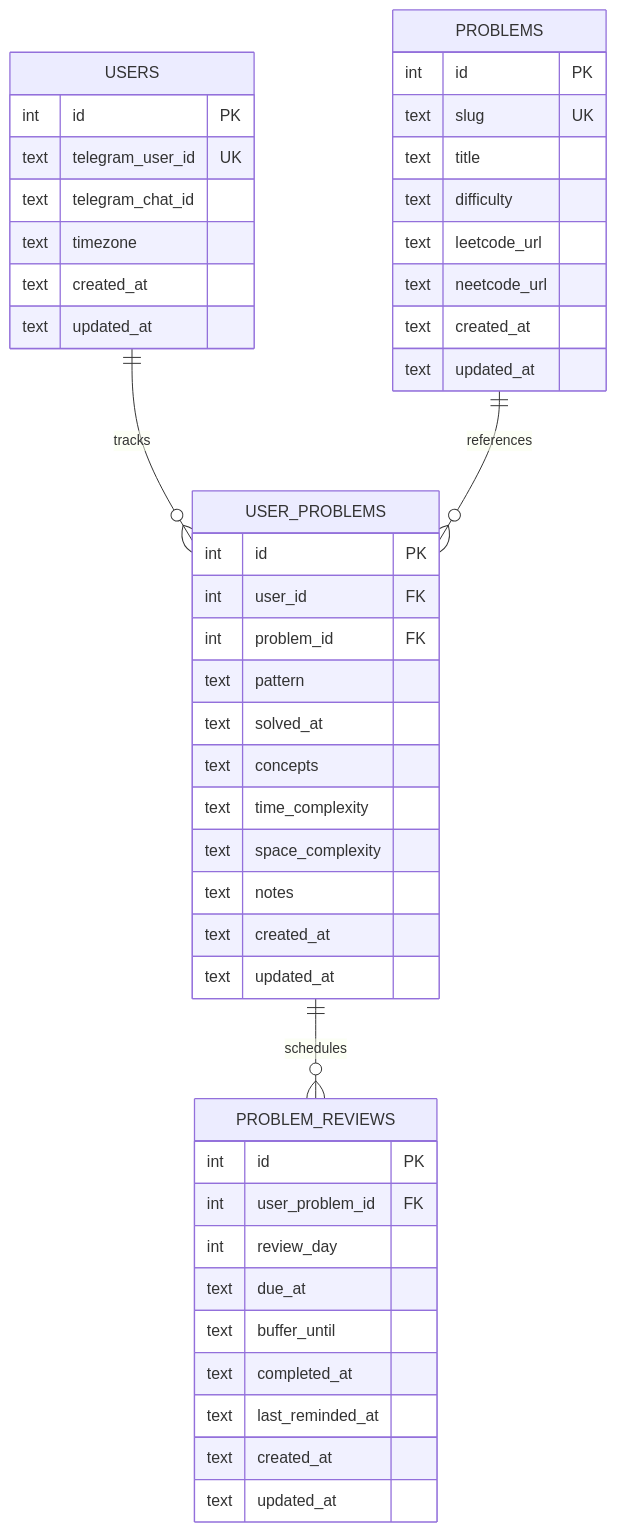
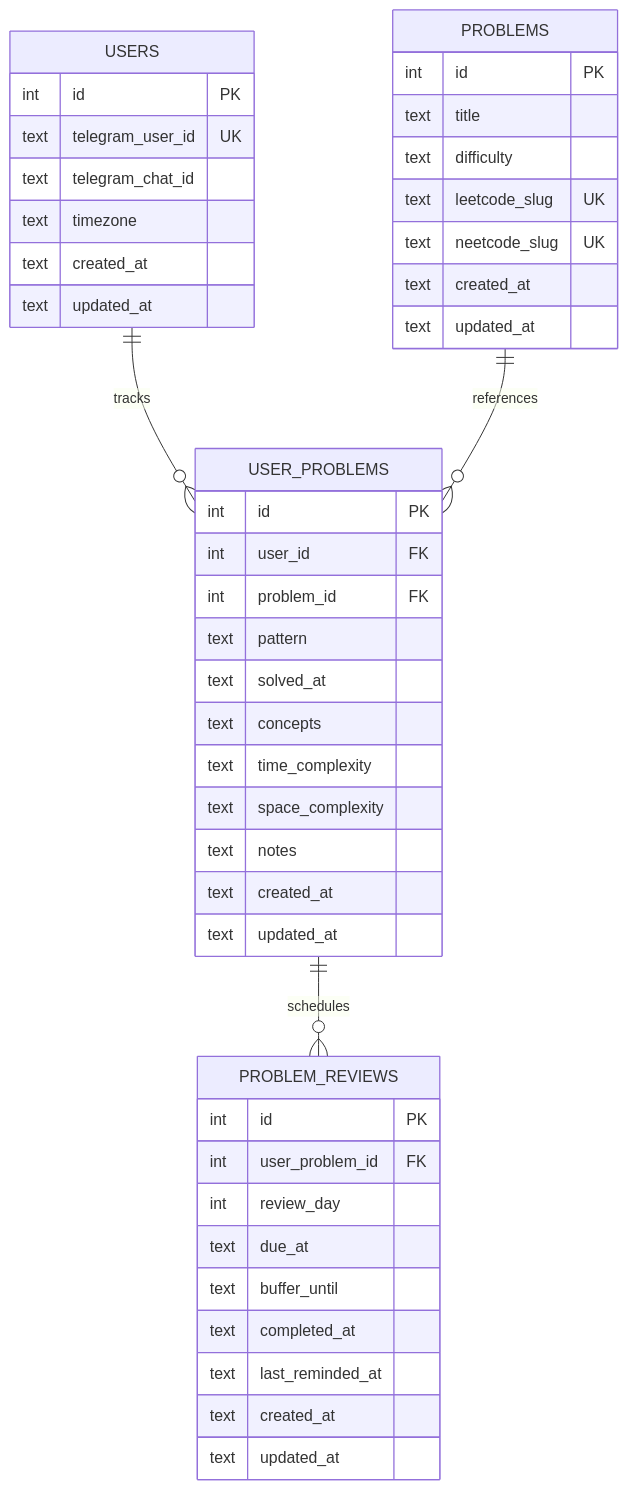
Before and after one commit to nayyer28/leetcoach: the diagram in docs/v1-spec.md, drawn with Mermaid. The commit also changed other lines of this file, not shown here.

````diff
--- a/docs/v1-spec.md
+++ b/docs/v1-spec.md
@@ -20,52 +20,51 @@
 ```mermaid
 erDiagram
     USERS ||--o{ USER_PROBLEMS : tracks
     PROBLEMS ||--o{ USER_PROBLEMS : references
     USER_PROBLEMS ||--o{ PROBLEM_REVIEWS : schedules
 
     USERS {
       int id PK
       text telegram_user_id UK
       text telegram_chat_id
       text timezone
       text created_at
       text updated_at
     }
 
     PROBLEMS {
       int id PK
-      text slug UK
       text title
       text difficulty
-      text leetcode_url
-      text neetcode_url
+      text leetcode_slug UK
+      text neetcode_slug UK
       text created_at
       text updated_at
     }
 
     USER_PROBLEMS {
       int id PK
       int user_id FK
       int problem_id FK
       text pattern
       text solved_at
       text concepts
       text time_complexity
       text space_complexity
       text notes
       text created_at
       text updated_at
     }
 
     PROBLEM_REVIEWS {
       int id PK
       int user_problem_id FK
       int review_day
       text due_at
       text buffer_until
       text completed_at
       text last_reminded_at
       text created_at
       text updated_at
     }
 ```
````
